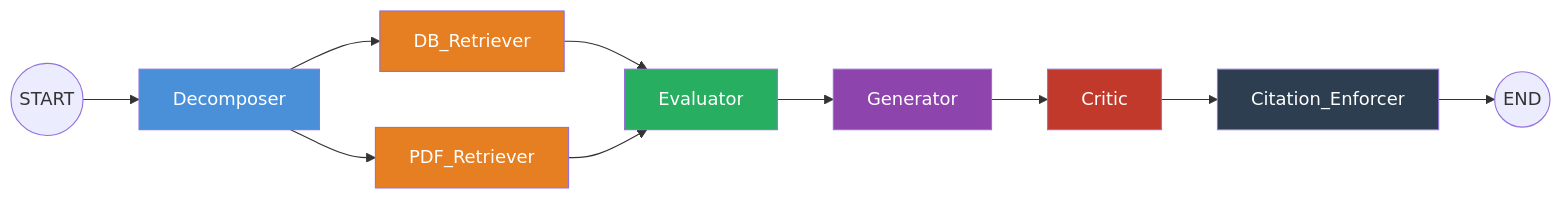
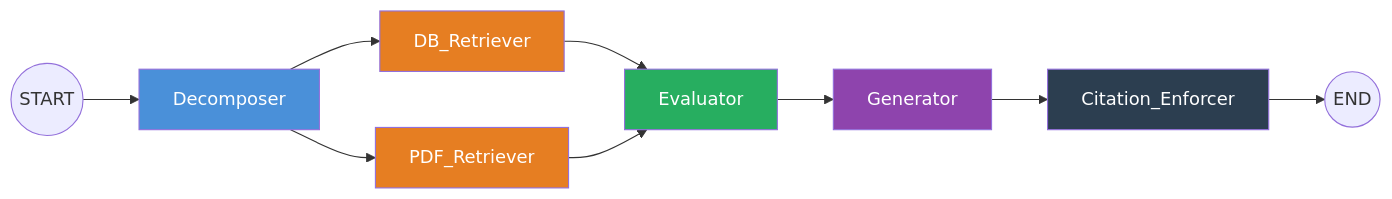
One commit to RenX86/Privacy-Preserving-CDSS changed the second of 12 diagrams in project_analysis.md. Above: the diagram before and after it, drawn with Mermaid. The commit also changed other lines of this file and 9 other files, not shown here.

````diff
--- a/project_analysis.md
+++ b/project_analysis.md
@@ -111,20 +111,18 @@
 ```mermaid
 graph LR
     START(("START")) --> D["Decomposer"]
     D --> DBR["DB_Retriever"]
     D --> PDFR["PDF_Retriever"]
     DBR --> E["Evaluator"]
     PDFR --> E
     E --> G["Generator"]
-    G --> C["Critic"]
-    C --> CE["Citation_Enforcer"]
+    G --> CE["Citation_Enforcer"]
     CE --> END_(("END"))
 
     style D fill:#4a90d9,color:#fff
     style DBR fill:#e67e22,color:#fff
     style PDFR fill:#e67e22,color:#fff
     style E fill:#27ae60,color:#fff
     style G fill:#8e44ad,color:#fff
-    style C fill:#c0392b,color:#fff
     style CE fill:#2c3e50,color:#fff
 ```
````
